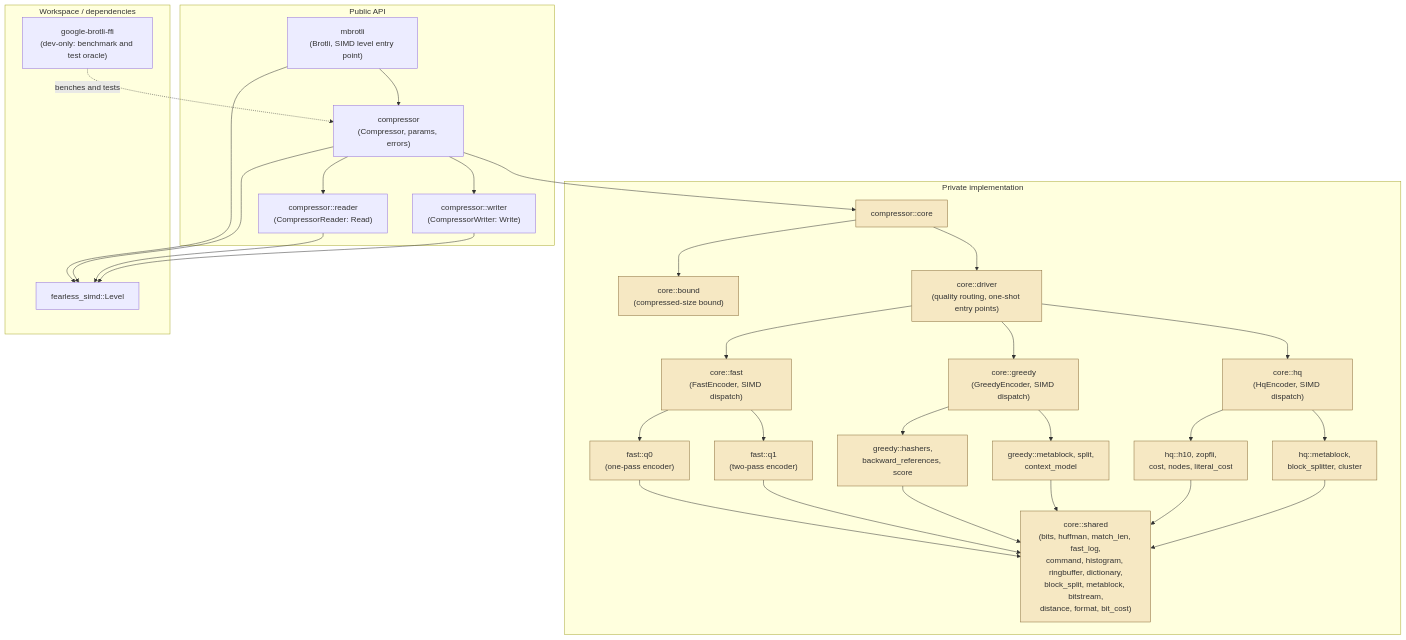
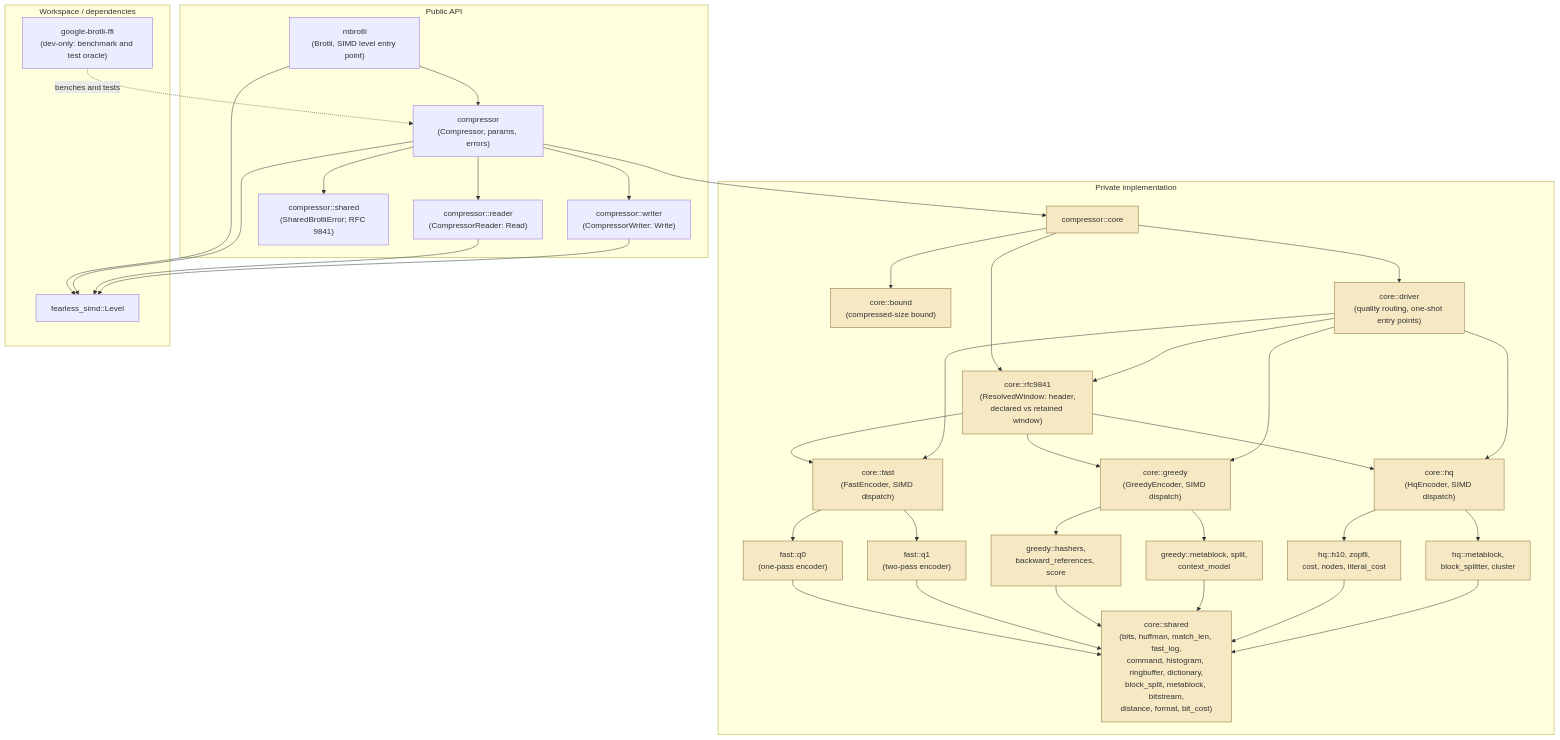
One commit to Mnwa/mbrotli changed the diagram in architecture/README.md. Above: the diagram before and after it, drawn with Mermaid. The commit also changed other lines of this file and 59 other files, not shown here.

````diff
--- a/architecture/README.md
+++ b/architecture/README.md
@@ -20,60 +21,68 @@
 ```mermaid
 graph TD
     subgraph public["Public API"]
         lib["mbrotli<br/>(Brotli, SIMD level entry point)"]
         comp["compressor<br/>(Compressor, params, errors)"]
         reader["compressor::reader<br/>(CompressorReader: Read)"]
         writer["compressor::writer<br/>(CompressorWriter: Write)"]
+        sharedapi["compressor::shared<br/>(SharedBrotliError; RFC 9841)"]
     end
 
     subgraph private["Private implementation"]
         core["compressor::core"]
         bound["core::bound<br/>(compressed-size bound)"]
         driver["core::driver<br/>(quality routing, one-shot entry points)"]
+        rfc["core::rfc9841<br/>(ResolvedWindow: header,<br/>declared vs retained window)"]
         shared["core::shared<br/>(bits, huffman, match_len, fast_log,<br/>command, histogram, ringbuffer, dictionary,<br/>block_split, metablock, bitstream,<br/>distance, format, bit_cost)"]
         fast["core::fast<br/>(FastEncoder, SIMD dispatch)"]
         q0["fast::q0<br/>(one-pass encoder)"]
         q1["fast::q1<br/>(two-pass encoder)"]
         greedy["core::greedy<br/>(GreedyEncoder, SIMD dispatch)"]
         gsearch["greedy::hashers,<br/>backward_references, score"]
         gblock["greedy::metablock, split,<br/>context_model"]
         hq["core::hq<br/>(HqEncoder, SIMD dispatch)"]
         hsearch["hq::h10, zopfli,<br/>cost, nodes, literal_cost"]
         hblock["hq::metablock,<br/>block_splitter, cluster"]
     end
 
     subgraph external["Workspace / dependencies"]
         simd["fearless_simd::Level"]
         ffi["google-brotli-ffi<br/>(dev-only: benchmark and test oracle)"]
     end
 
     lib --> comp
     comp --> reader
     comp --> writer
+    comp --> sharedapi
     comp --> core
     core --> bound
     core --> driver
+    core --> rfc
+    driver --> rfc
+    rfc --> fast
+    rfc --> greedy
+    rfc --> hq
     driver --> fast
     driver --> greedy
     driver --> hq
     fast --> q0
     fast --> q1
     greedy --> gsearch
     greedy --> gblock
     hq --> hsearch
     hq --> hblock
     q0 --> shared
     q1 --> shared
     gsearch --> shared
     gblock --> shared
     hsearch --> shared
     hblock --> shared
     lib --> simd
     comp --> simd
     reader --> simd
     writer --> simd
     ffi -.->|benches and tests| comp
 
     classDef privateNode fill:#f6e8c3,stroke:#8a6d3b;
-    class core,bound,driver,shared,fast,q0,q1,greedy,gsearch,gblock,hq,hsearch,hblock privateNode;
+    class core,bound,driver,rfc,shared,fast,q0,q1,greedy,gsearch,gblock,hq,hsearch,hblock privateNode;
 ```
````
